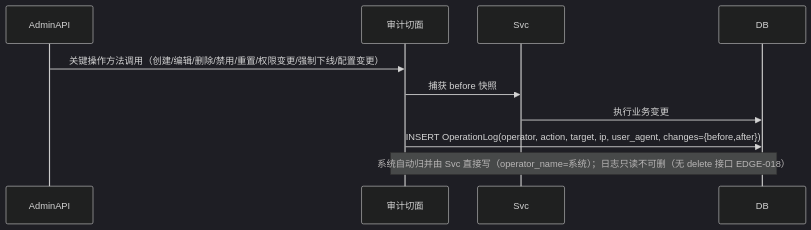
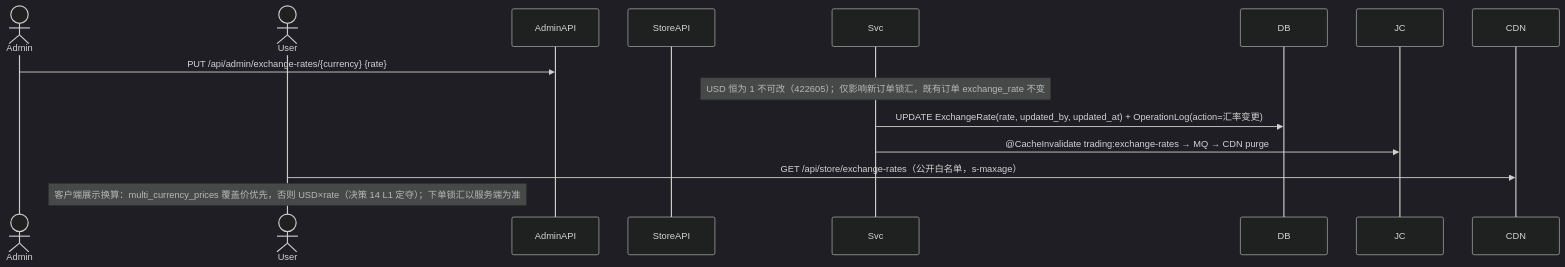
Before and after one commit to hptec/dreamy: diagram 18 of 20 in hhspec/specs/architecture/data-flow.md, drawn with Mermaid (dark theme). The commit also changed other lines of this file and 180 other files, not shown here.

````diff
--- a/hhspec/specs/architecture/data-flow.md
+++ b/hhspec/specs/architecture/data-flow.md
@@ -544,13 +633,19 @@
 ```mermaid
 sequenceDiagram
+    actor Admin
+    actor User
     participant AdminAPI
-    participant AOP as 审计切面
+    participant StoreAPI
     participant Svc
     participant DB
+    participant JC
+    participant CDN
 
-    AdminAPI->>AOP: 关键操作方法调用（创建/编辑/删除/禁用/重置/权限变更/强制下线/配置变更）
-    AOP->>Svc: 捕获 before 快照
-    Svc->>DB: 执行业务变更
-    AOP->>DB: INSERT OperationLog(operator, action, target, ip, user_agent, changes={before,after})
-    Note over AOP,DB: 系统自动归并由 Svc 直接写（operator_name=系统）；日志只读不可删（无 delete 接口 EDGE-018）
+    Admin->>AdminAPI: PUT /api/admin/exchange-rates/{currency} {rate}
+    Note over Svc: USD 恒为 1 不可改（422605）；仅影响新订单锁汇，既有订单 exchange_rate 不变
+    Svc->>DB: UPDATE ExchangeRate(rate, updated_by, updated_at) + OperationLog(action=汇率变更)
+    Svc->>JC: @CacheInvalidate trading:exchange-rates → MQ → CDN purge
+
+    User->>CDN: GET /api/store/exchange-rates（公开白名单，s-maxage）
+    Note over User: 客户端展示换算：multi_currency_prices 覆盖价优先，否则 USD×rate（决策 14 L1 定夺）；下单锁汇以服务端为准
 ```
````
